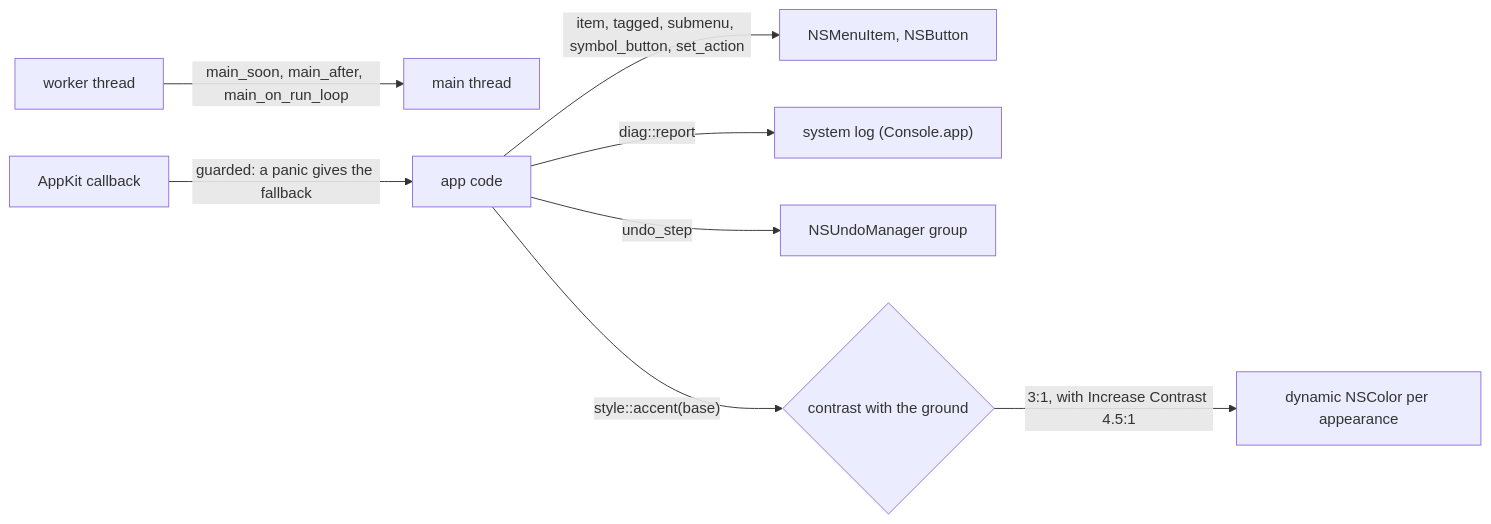
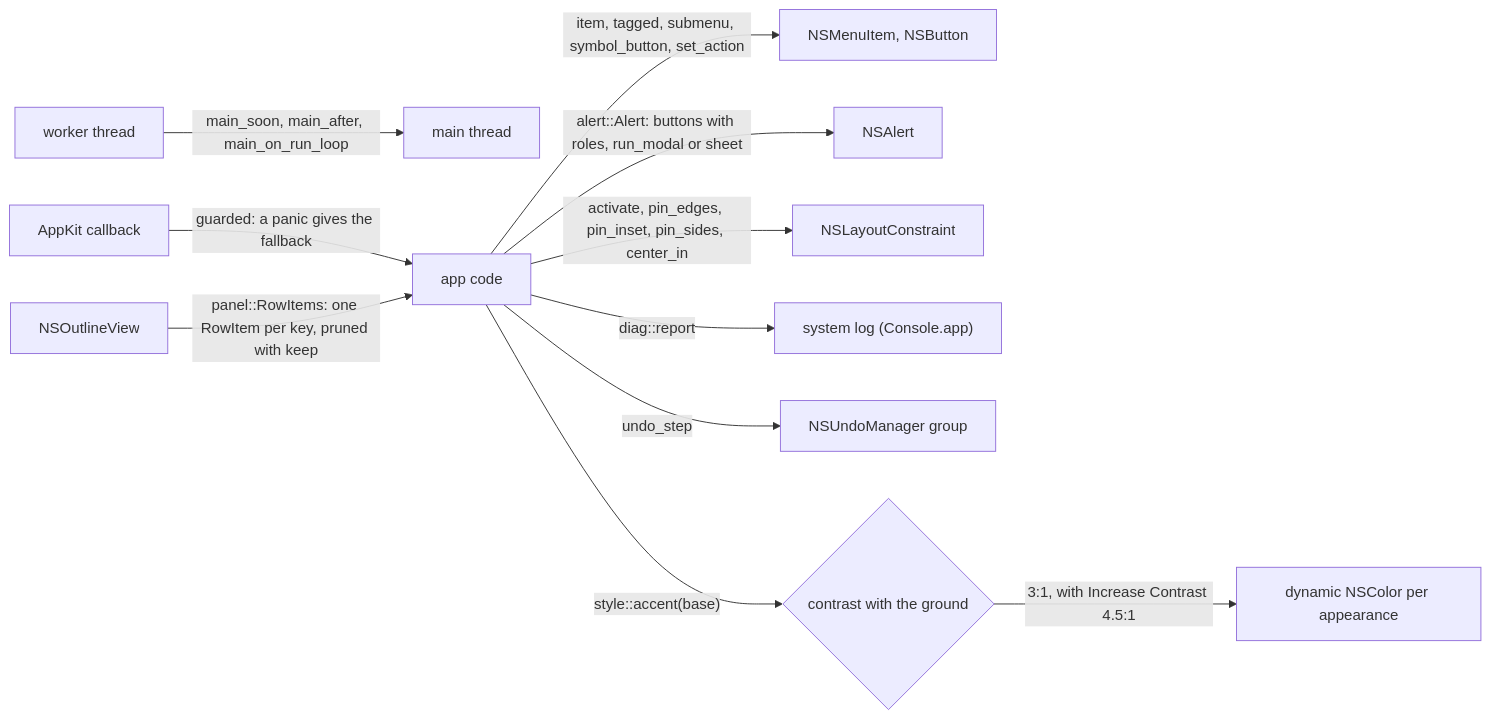
One commit to sventmueller/dango changed the diagram in crates/ide-ui-common/README.md. Above: the diagram before and after it, drawn with Mermaid. The commit also changed other lines of this file and 826 other files, not shown here.

````diff
--- a/crates/ide-ui-common/README.md
+++ b/crates/ide-ui-common/README.md
@@ -8,10 +9,13 @@
 ```mermaid
 flowchart LR
     worker["worker thread"] -->|"main_soon, main_after, main_on_run_loop"| main["main thread"]
     appkit["AppKit callback"] -->|"guarded: a panic gives the fallback"| code["app code"]
     code -->|"item, tagged, submenu, symbol_button, set_action"| controls["NSMenuItem, NSButton"]
+    code -->|"alert::Alert: buttons with roles, run_modal or sheet"| alert["NSAlert"]
+    code -->|"activate, pin_edges, pin_inset, pin_sides, center_in"| constraints["NSLayoutConstraint"]
+    outline["NSOutlineView"] -->|"panel::RowItems: one RowItem per key, pruned with keep"| code
     code -->|"diag::report"| log["system log (Console.app)"]
     code -->|"undo_step"| undo["NSUndoManager group"]
     code -->|"style::accent(base)"| accent{"contrast with the ground"}
     accent -->|"3:1, with Increase Contrast 4.5:1"| color["dynamic NSColor per appearance"]
 ```
````
